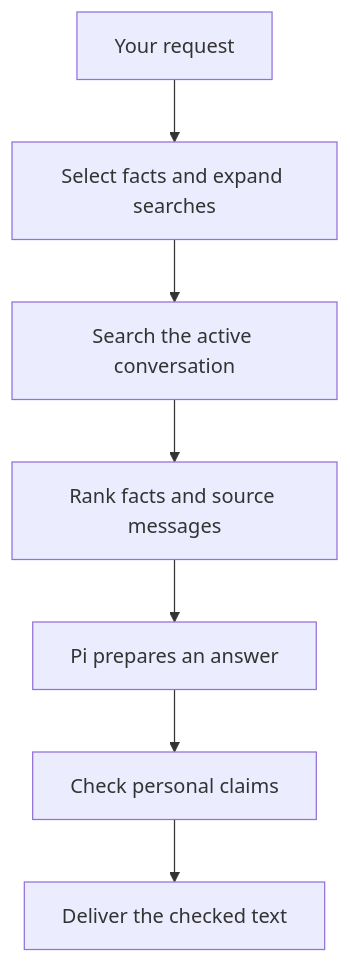
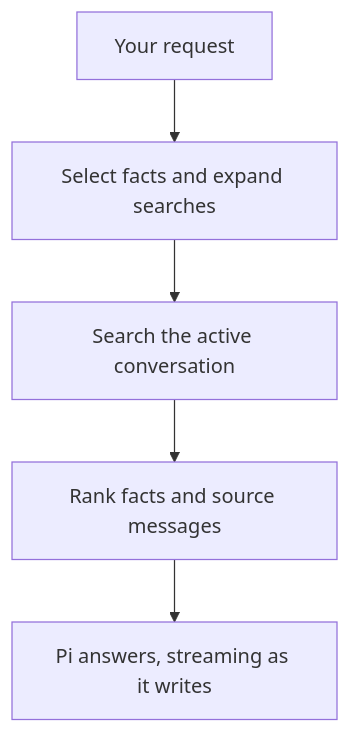
One commit to KrishBhimani/nod changed the second of 4 diagrams in docs/src/content/docs/how-it-works/memory.md. Above: the diagram before and after it, drawn with Mermaid. The commit also changed other lines of this file and 17 other files, not shown here.

````diff
--- a/docs/src/content/docs/how-it-works/memory.md
+++ b/docs/src/content/docs/how-it-works/memory.md
@@ -59,9 +59,7 @@
 ```mermaid
 flowchart TD
   request[Your request]:::accent --> select[Select facts and expand searches]
   select --> search[Search the active conversation]
   search --> rank[Rank facts and source messages]
-  rank --> answer[Pi prepares an answer]
-  answer --> check[Check personal claims]
-  check --> reply[Deliver the checked text]:::go
+  rank --> answer[Pi answers, streaming as it writes]:::go
 ```
````
